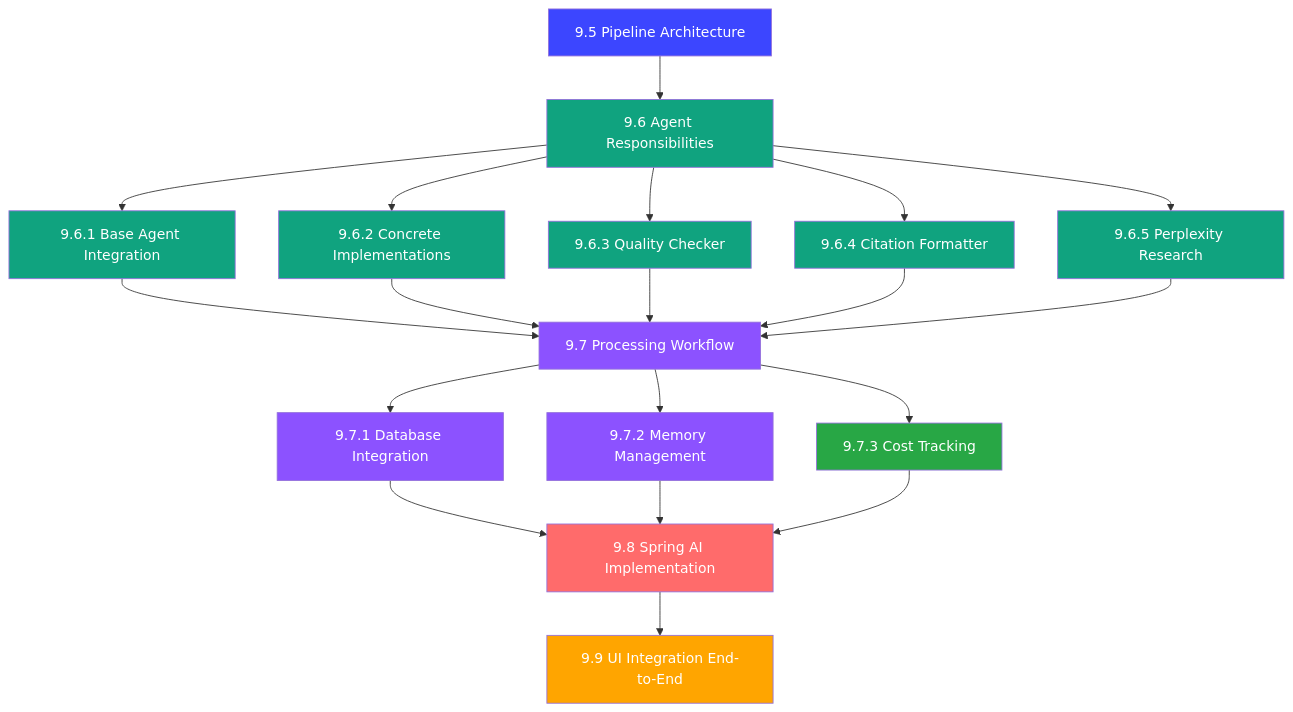
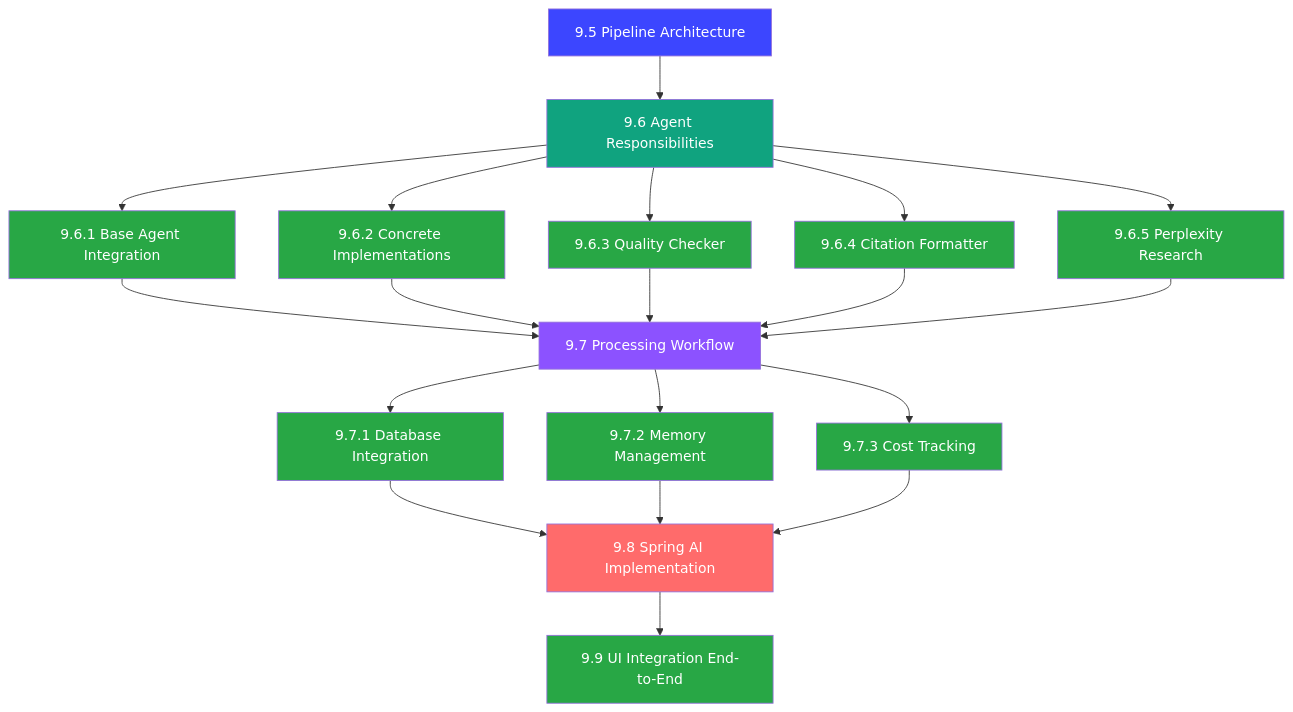
One commit to ToanPV90/answer42 changed the diagram in docs/multi-agent-pipeline-design/README.md. Above: the diagram before and after it, drawn with Mermaid. The commit also changed other lines of this file and 172 other files, not shown here.

````diff
--- a/docs/multi-agent-pipeline-design/README.md
+++ b/docs/multi-agent-pipeline-design/README.md
@@ -183,39 +335,39 @@
 ```mermaid
 flowchart TD
     A[9.5 Pipeline Architecture] --> B[9.6 Agent Responsibilities]
     B --> B1[9.6.1 Base Agent Integration]
     B --> B2[9.6.2 Concrete Implementations]
     B --> B3[9.6.3 Quality Checker]
     B --> B4[9.6.4 Citation Formatter]
     B --> B5[9.6.5 Perplexity Research]
 
     B1 --> C[9.7 Processing Workflow]
     B2 --> C
     B3 --> C
     B4 --> C
     B5 --> C
 
     C --> C1[9.7.1 Database Integration]
     C --> C2[9.7.2 Memory Management]
     C --> C3[9.7.3 Cost Tracking]
 
     C1 --> D[9.8 Spring AI Implementation]
     C2 --> D
     C3 --> D
 
     D --> E[9.9 UI Integration End-to-End]
 
     classDef architecture fill:#3C46FF,color:white;
     classDef agents fill:#10A37F,color:white;
     classDef workflow fill:#8c52ff,color:white;
     classDef implementation fill:#FF6B6B,color:white;
     classDef ui fill:#FFA500,color:white;
     classDef completed fill:#28a745,color:white;
 
     class A architecture;
     class B,B1,B2,B3,B4,B5 agents;
     class C,C1,C2,C3 workflow;
     class D implementation;
     class E ui;
-    class C3 completed;
+    class B1,B2,B3,B4,B5,C1,C2,C3,E completed;
 ```
````
